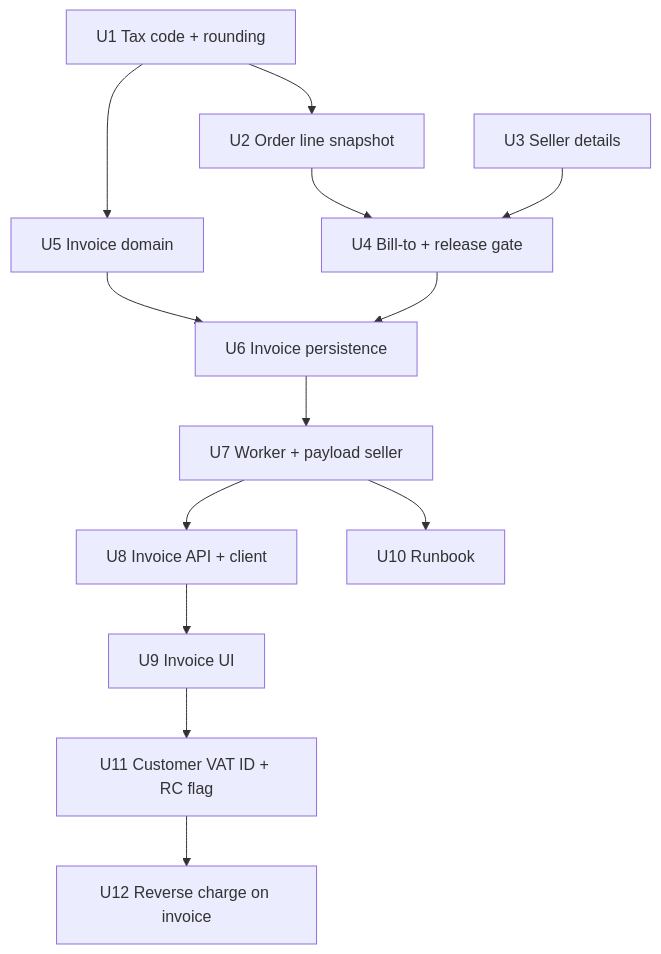
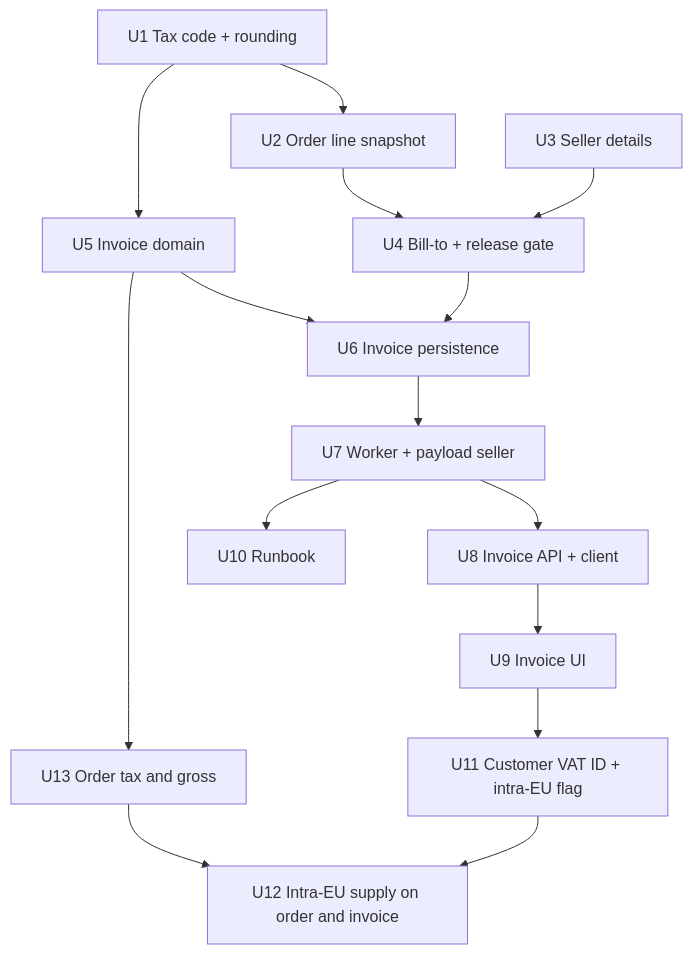
One commit to cvsckrause/cvsTest changed the third of 3 diagrams in docs/plans/2026-10-16-1900-feat-r16-invoice-dach-minimum-plan.md. Above: the diagram before and after it, drawn with Mermaid. The commit also changed other lines of this file, not shown here.

First line of the commit message:
docs(plan): settle R-16 Phase D as intra-EU supply and add order tax totals

````diff
--- a/docs/plans/2026-10-16-1900-feat-r16-invoice-dach-minimum-plan.md
+++ b/docs/plans/2026-10-16-1900-feat-r16-invoice-dach-minimum-plan.md
@@ -255,16 +255,18 @@
 ```mermaid
 flowchart TB
   U1[U1 Tax code + rounding] --> U2[U2 Order line snapshot]
   U3[U3 Seller details]
   U2 --> U4[U4 Bill-to + release gate]
   U3 --> U4
   U1 --> U5[U5 Invoice domain]
   U5 --> U6[U6 Invoice persistence]
   U4 --> U6
   U6 --> U7[U7 Worker + payload seller]
   U7 --> U8[U8 Invoice API + client]
   U8 --> U9[U9 Invoice UI]
   U7 --> U10[U10 Runbook]
-  U9 --> U11[U11 Customer VAT ID + RC flag]
-  U11 --> U12[U12 Reverse charge on invoice]
+  U5 --> U13[U13 Order tax and gross]
+  U9 --> U11[U11 Customer VAT ID + intra-EU flag]
+  U13 --> U12
+  U11 --> U12[U12 Intra-EU supply on order and invoice]
 ```
````
